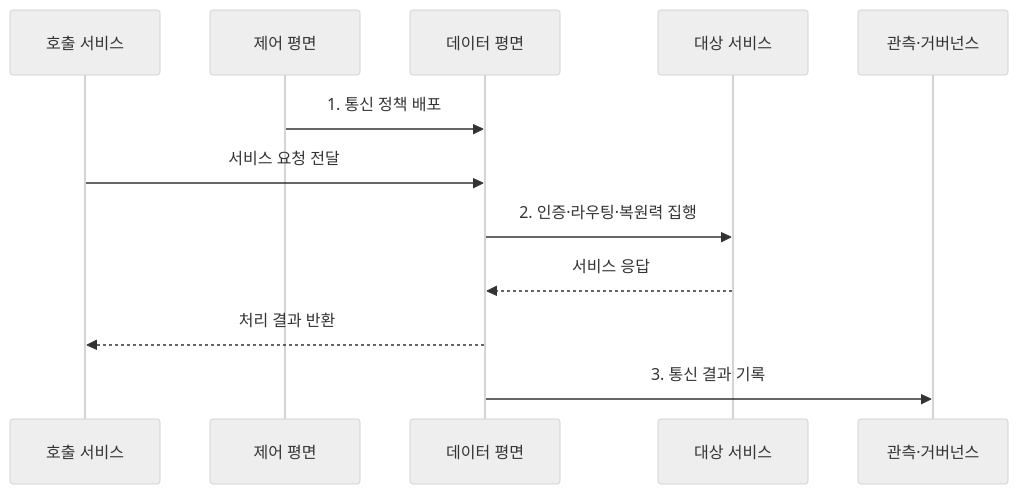
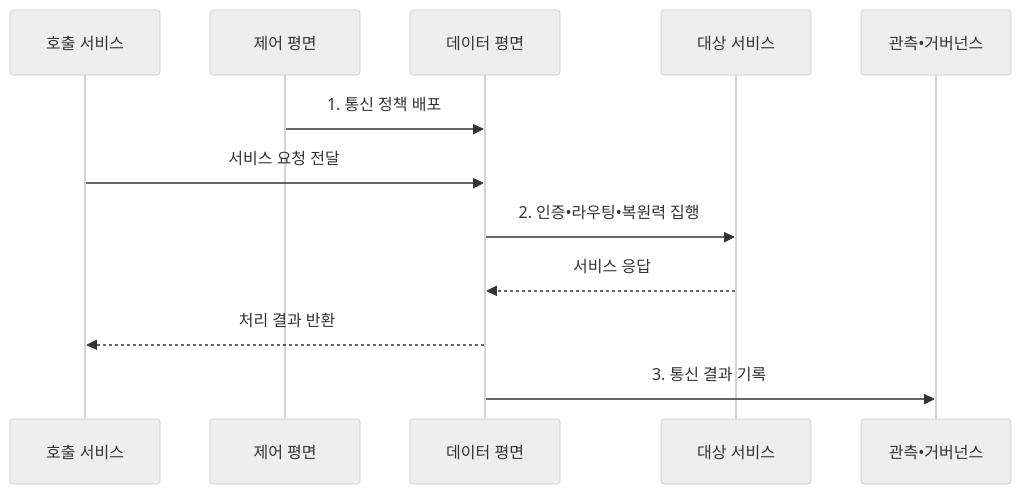
One commit to agnusdei1207/knowledge-base changed the second of 2 diagrams in src/content/docs/notes/08-latest-tech/162_service_mesh.md. Above: the diagram before and after it, drawn with Mermaid (neutral theme). The commit also changed other lines of this file and 953 other files, not shown here.

````diff
--- a/src/content/docs/notes/08-latest-tech/162_service_mesh.md
+++ b/src/content/docs/notes/08-latest-tech/162_service_mesh.md
@@ -105,14 +105,14 @@
 ```mermaid
 sequenceDiagram
   participant S as 호출 서비스
   participant C as 제어 평면
   participant D as 데이터 평면
   participant W as 대상 서비스
-  participant O as 관측·거버넌스
+  participant O as 관측•거버넌스
   C->>D: 1. 통신 정책 배포
   S->>D: 서비스 요청 전달
-  D->>W: 2. 인증·라우팅·복원력 집행
+  D->>W: 2. 인증•라우팅•복원력 집행
   W-->>D: 서비스 응답
   D-->>S: 처리 결과 반환
   D->>O: 3. 통신 결과 기록
 ```
````
